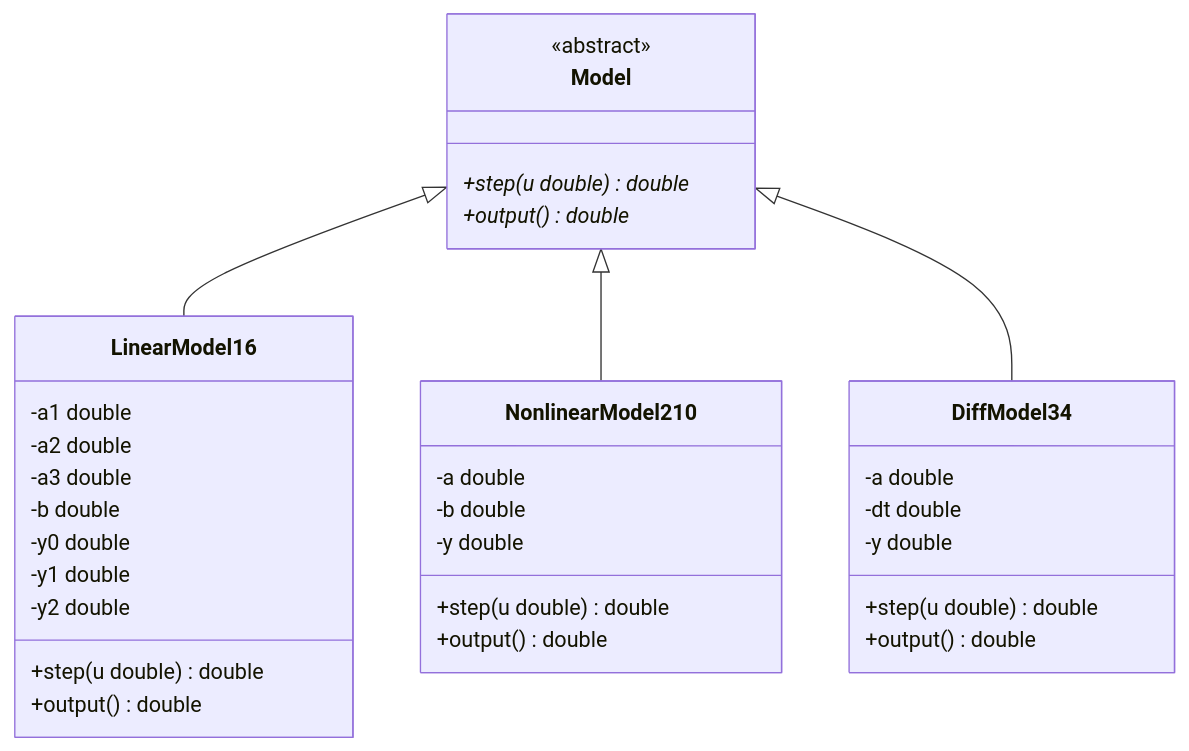
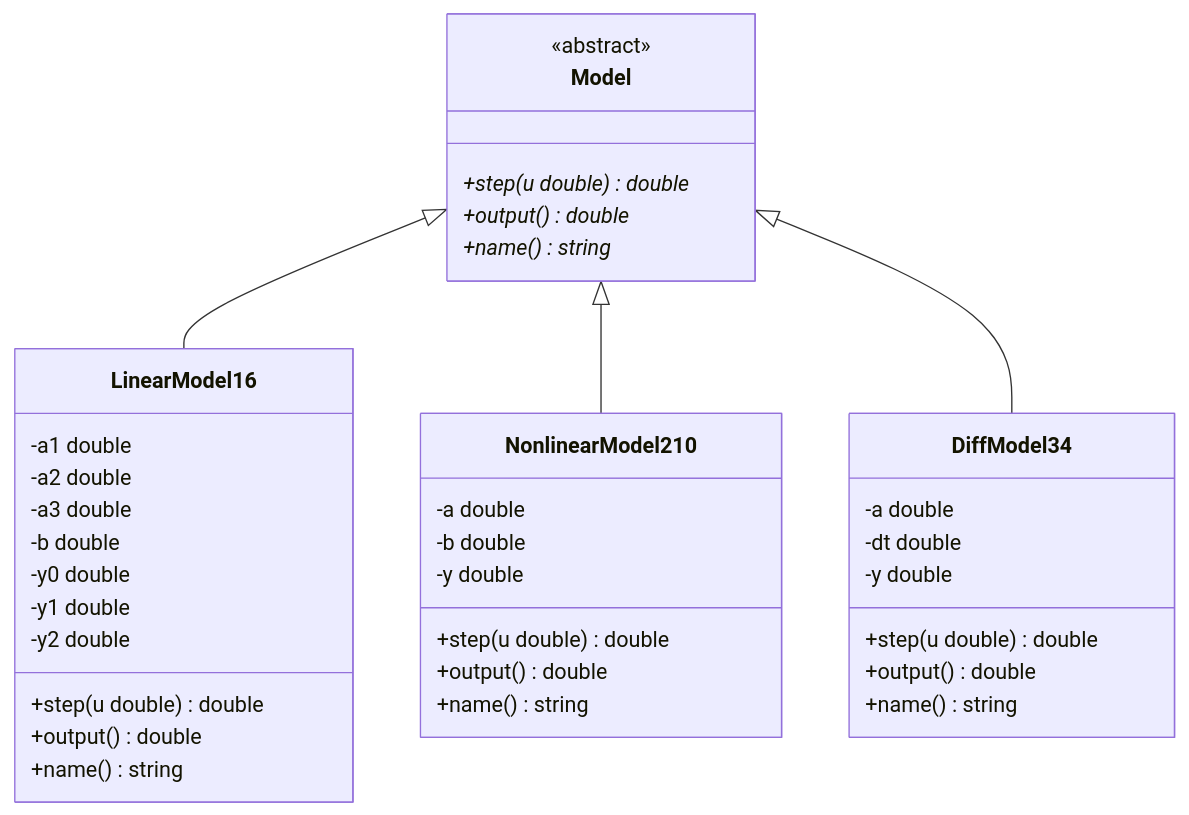
The diagram in trunk/as06716/task_01/doc/readme.md (brstu/TMAU-2026), drawn with Mermaid before and after one commit. The commit also changed other lines of this file, not shown here.

````diff
--- a/trunk/as06716/task_01/doc/readme.md
+++ b/trunk/as06716/task_01/doc/readme.md
@@ -137,40 +67,44 @@
 ```mermaid
 classDiagram
     class Model {
         <<abstract>>
         +step(u double) double*
         +output() double*
+        +name() string*
     }
  
     class LinearModel16 {
         -a1 double
         -a2 double
         -a3 double
         -b double
         -y0 double
         -y1 double
         -y2 double
         +step(u double) double
         +output() double
+        +name() string
     }
  
     class NonlinearModel210 {
         -a double
         -b double
         -y double
         +step(u double) double
         +output() double
+        +name() string
     }
  
     class DiffModel34 {
         -a double
         -dt double
         -y double
         +step(u double) double
         +output() double
+        +name() string
     }
  
     Model <|-- LinearModel16
     Model <|-- NonlinearModel210
     Model <|-- DiffModel34
 ```
````
